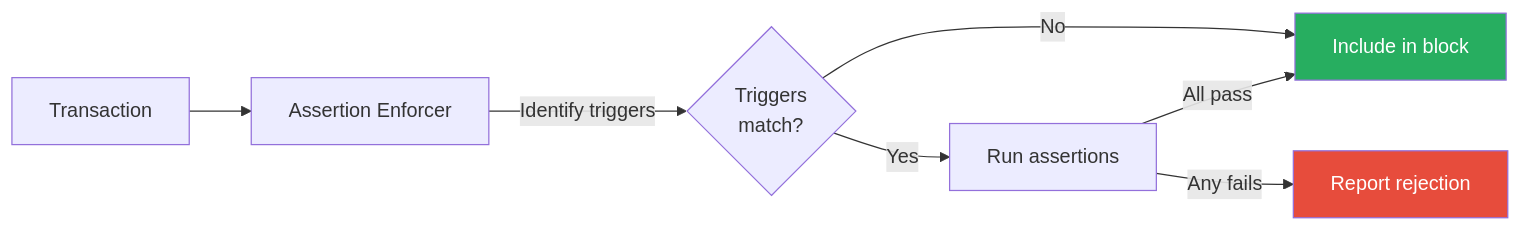
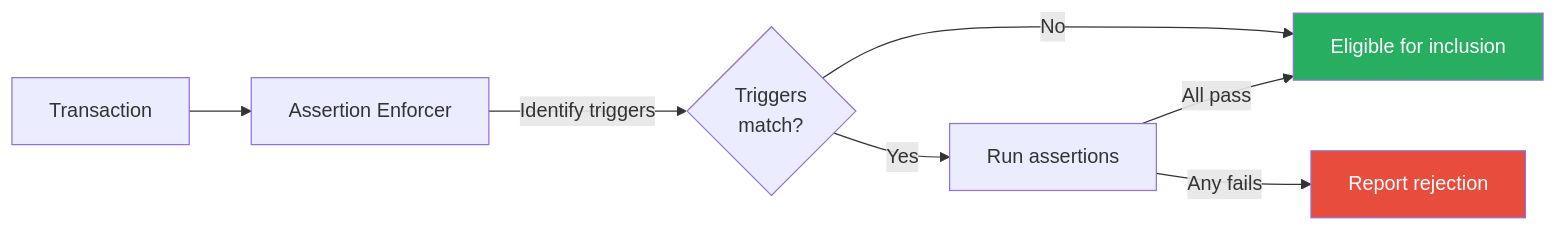
One commit to phylaxsystems/phylax-docs changed the first of 2 diagrams in credible/execution-model.mdx. Above: the diagram before and after it, drawn with Mermaid. The commit also changed other lines of this file and 57 other files, not shown here.

````diff
--- a/credible/execution-model.mdx
+++ b/credible/execution-model.mdx
@@ -24,12 +25,12 @@
 ```mermaid
 flowchart LR
     TX[Transaction] --> AE[Assertion Enforcer]
     AE --> |Identify triggers| MATCH{Triggers<br/>match?}
     MATCH --> |Yes| RUN[Run assertions]
-    MATCH --> |No| INCLUDE[Include in block]
+    MATCH --> |No| INCLUDE[Eligible for inclusion]
     RUN --> |All pass| INCLUDE
     RUN --> |Any fails| REPORT[Report rejection]
     
     style REPORT fill:#e74c3c,color:#fff
     style INCLUDE fill:#27ae60,color:#fff
 ```
````
